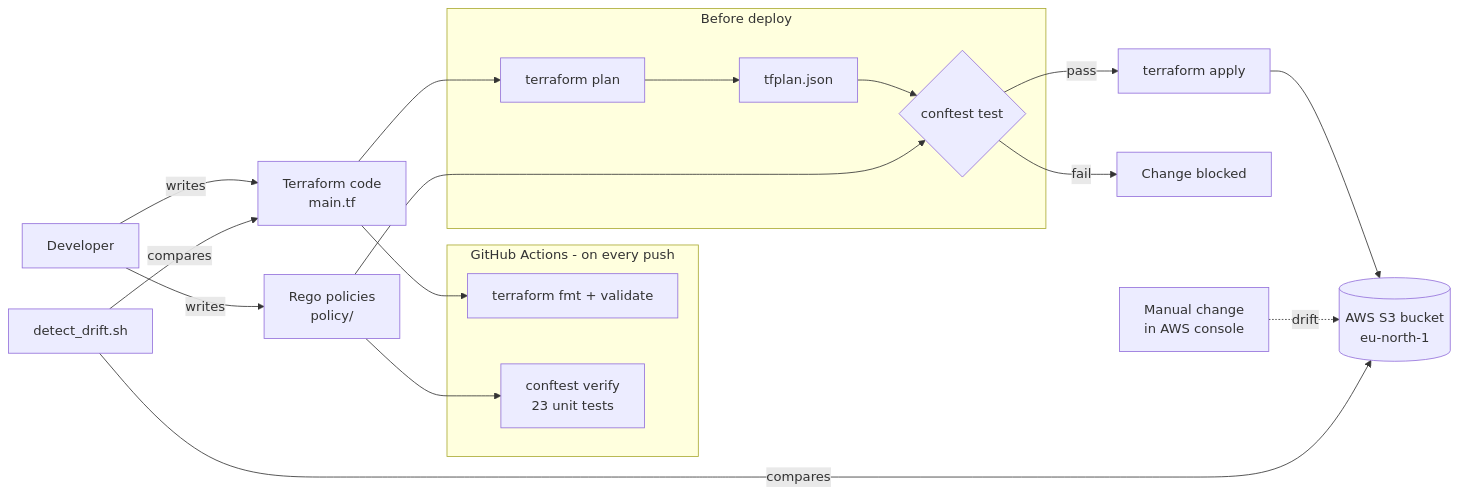
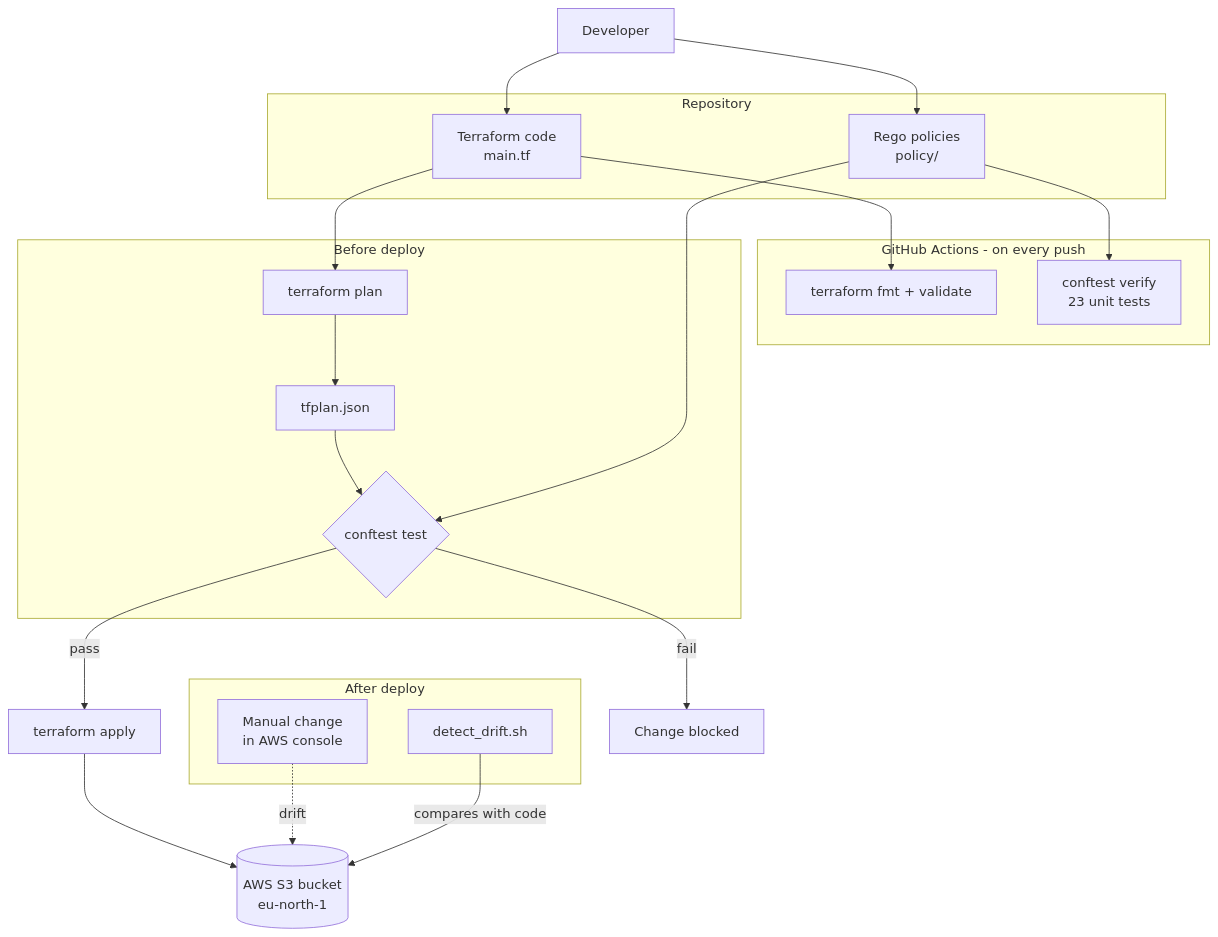
One commit to Eng-Ben/cloud-security-guardrails changed the diagram in README.md. Above: the diagram before and after it, drawn with Mermaid.

Commit message:
Improve architecture diagram layout

````diff
--- a/README.md
+++ b/README.md
@@ -17,29 +17,36 @@
 ```mermaid
-flowchart LR
-    dev[Developer] -->|writes| tf[Terraform code<br/>main.tf]
-    dev -->|writes| rego[Rego policies<br/>policy/]
+flowchart TB
+    dev[Developer]
+
+    subgraph Repo["Repository"]
+        tf[Terraform code<br/>main.tf]
+        rego[Rego policies<br/>policy/]
+    end
 
     subgraph CI["GitHub Actions - on every push"]
         fmt[terraform fmt + validate]
         verify[conftest verify<br/>23 unit tests]
     end
 
+    subgraph Deploy["Before deploy"]
+        plan[terraform plan] --> json[tfplan.json] --> check{conftest test}
+    end
+
+    dev --> tf
+    dev --> rego
     tf --> fmt
     rego --> verify
-
-    subgraph Deploy["Before deploy"]
-        plan[terraform plan] --> json[tfplan.json]
-        json --> check{conftest test}
-    end
-
     tf --> plan
     rego --> check
     check -->|pass| apply[terraform apply]
     check -->|fail| block[Change blocked]
-
     apply --> aws[(AWS S3 bucket<br/>eu-north-1)]
 
-    manual[Manual change<br/>in AWS console] -.->|drift| aws
-    drift[detect_drift.sh] -->|compares| aws
-    drift -->|compares| tf
+    subgraph Drift["After deploy"]
+        manual[Manual change<br/>in AWS console]
+        drift[detect_drift.sh]
+    end
+
+    manual -.->|drift| aws
+    drift -->|compares with code| aws
 ```
````
